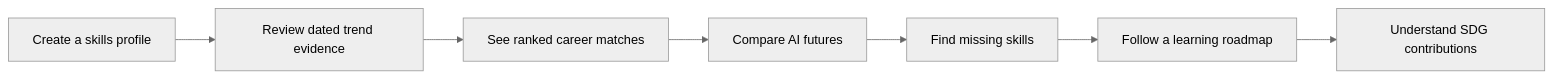
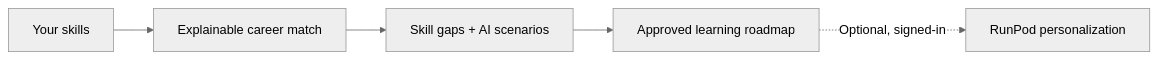
One commit to TheRealSRZ/skillshift-ai changed the diagram in README.md. Above: the diagram before and after it, drawn with Mermaid (neutral theme). The commit also changed other lines of this file and 3 other files, not shown here.

````diff
--- a/README.md
+++ b/README.md
@@ -80,9 +32,7 @@
 ```mermaid
 flowchart LR
-    A[Create a skills profile] --> B[Review dated trend evidence]
-    B --> C[See ranked career matches]
-    C --> D[Compare AI futures]
-    D --> E[Find missing skills]
-    E --> F[Follow a learning roadmap]
-    F --> G[Understand SDG contributions]
+    A[Your skills] --> B[Explainable career match]
+    B --> C[Skill gaps + AI scenarios]
+    C --> D[Approved learning roadmap]
+    D -. Optional, signed-in .-> E[RunPod personalization]
 ```
````
